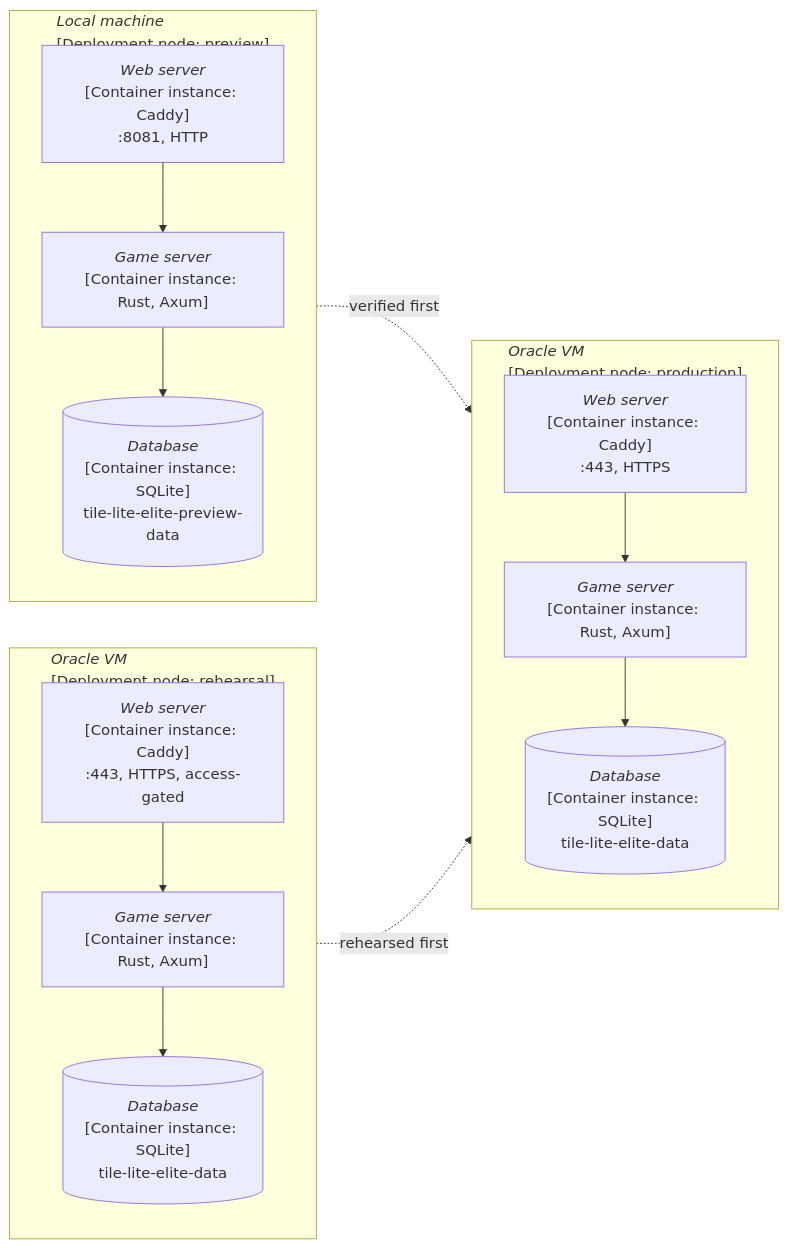
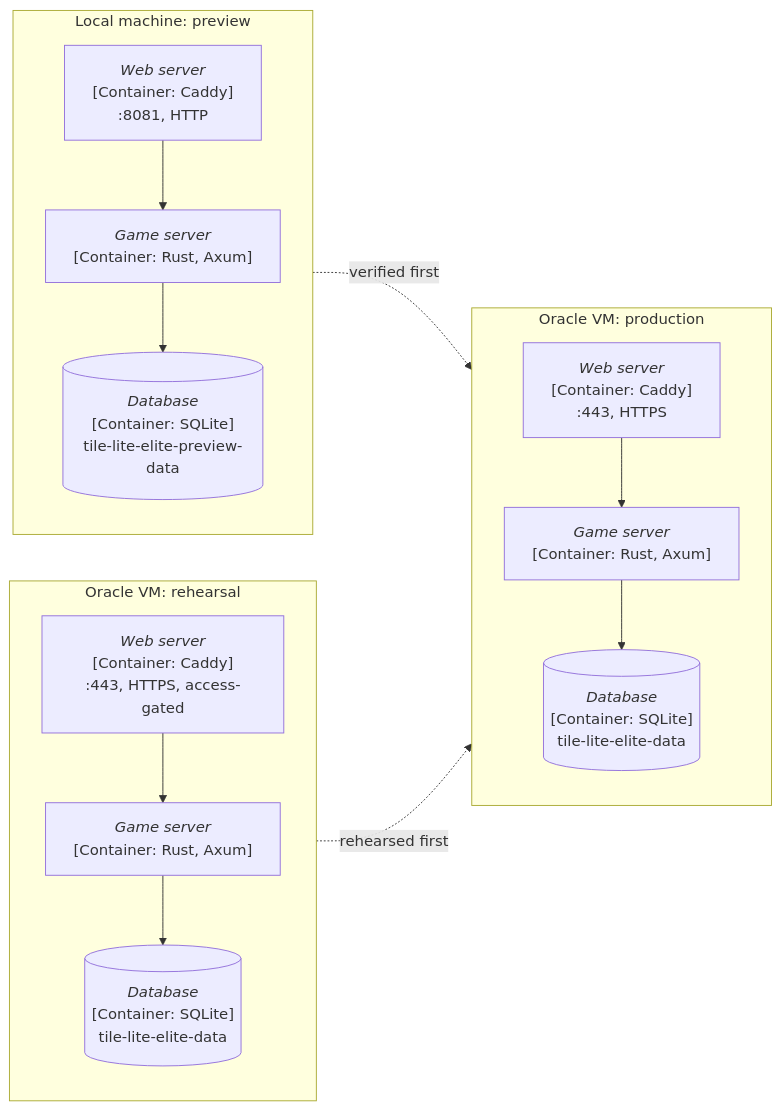
Before and after one commit to delphside/tile-lite-elite: the diagram in docs/4.1.1-architecture.md, drawn with Mermaid. The commit also changed other lines of this file and 6 other files, not shown here.

````diff
--- a/docs/4.1.1-architecture.md
+++ b/docs/4.1.1-architecture.md
@@ -19,20 +19,20 @@
 ```mermaid
 flowchart LR
-    subgraph PreviewEnv["<i>Local machine</i><br>[Deployment node: preview]"]
-        PreviewWeb["<i>Web server</i><br>[Container instance: Caddy]<br>:8081, HTTP"] --> PreviewServer["<i>Game server</i><br>[Container instance: Rust, Axum]"]
-        PreviewServer --> PreviewDB[("<i>Database</i><br>[Container instance: SQLite]<br>tile-lite-elite-preview-data")]
+    subgraph PreviewEnv["Local machine: preview"]
+        PreviewWeb["<i>Web server</i><br>[Container: Caddy]<br>:8081, HTTP"] --> PreviewServer["<i>Game server</i><br>[Container: Rust, Axum]"]
+        PreviewServer --> PreviewDB[("<i>Database</i><br>[Container: SQLite]<br>tile-lite-elite-preview-data")]
     end
 
-    subgraph RehearsalVM["<i>Oracle VM</i><br>[Deployment node: rehearsal]"]
-        RehWeb["<i>Web server</i><br>[Container instance: Caddy]<br>:443, HTTPS, access-gated"] --> RehServer["<i>Game server</i><br>[Container instance: Rust, Axum]"]
-        RehServer --> RehDB[("<i>Database</i><br>[Container instance: SQLite]<br>tile-lite-elite-data")]
+    subgraph RehearsalVM["Oracle VM: rehearsal"]
+        RehWeb["<i>Web server</i><br>[Container: Caddy]<br>:443, HTTPS, access-gated"] --> RehServer["<i>Game server</i><br>[Container: Rust, Axum]"]
+        RehServer --> RehDB[("<i>Database</i><br>[Container: SQLite]<br>tile-lite-elite-data")]
     end
 
-    subgraph ProdVM["<i>Oracle VM</i><br>[Deployment node: production]"]
-        ProdWeb["<i>Web server</i><br>[Container instance: Caddy]<br>:443, HTTPS"] --> ProdServer["<i>Game server</i><br>[Container instance: Rust, Axum]"]
-        ProdServer --> ProdDB[("<i>Database</i><br>[Container instance: SQLite]<br>tile-lite-elite-data")]
+    subgraph ProdVM["Oracle VM: production"]
+        ProdWeb["<i>Web server</i><br>[Container: Caddy]<br>:443, HTTPS"] --> ProdServer["<i>Game server</i><br>[Container: Rust, Axum]"]
+        ProdServer --> ProdDB[("<i>Database</i><br>[Container: SQLite]<br>tile-lite-elite-data")]
     end
 
     PreviewEnv -. "verified first" .-> ProdVM
     RehearsalVM -. "rehearsed first" .-> ProdVM
 ```
````
